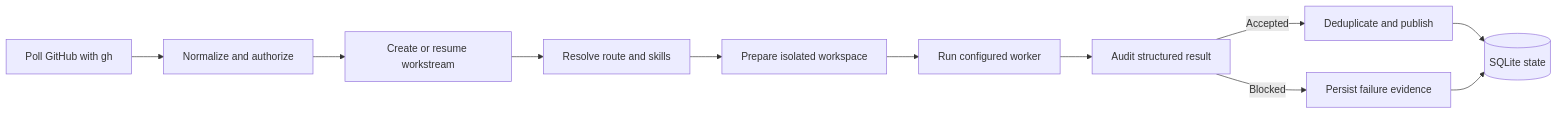
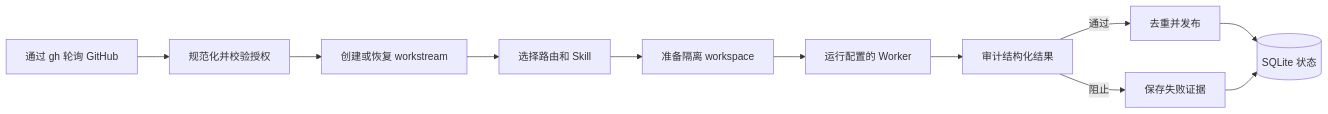
Before and after one commit to wklken/Robert: the diagram in README.md, drawn with Mermaid. The commit also changed other lines of this file and 4 other files, not shown here.

````diff
--- a/README.md
+++ b/README.md
@@ -39,13 +36,13 @@
 ```mermaid
 flowchart LR
-    A[Poll GitHub with gh] --> B[Normalize and authorize]
-    B --> C[Create or resume workstream]
-    C --> D[Resolve route and skills]
-    D --> E[Prepare isolated workspace]
-    E --> F[Run configured worker]
-    F --> G[Audit structured result]
-    G -->|Accepted| H[Deduplicate and publish]
-    G -->|Blocked| I[Persist failure evidence]
-    H --> J[(SQLite state)]
+    A[通过 gh 轮询 GitHub] --> B[规范化并校验授权]
+    B --> C[创建或恢复 workstream]
+    C --> D[选择路由和 Skill]
+    D --> E[准备隔离 workspace]
+    E --> F[运行配置的 Worker]
+    F --> G[审计结构化结果]
+    G -->|通过| H[去重并发布]
+    G -->|阻止| I[保存失败证据]
+    H --> J[(SQLite 状态)]
     I --> J
 ```
````
